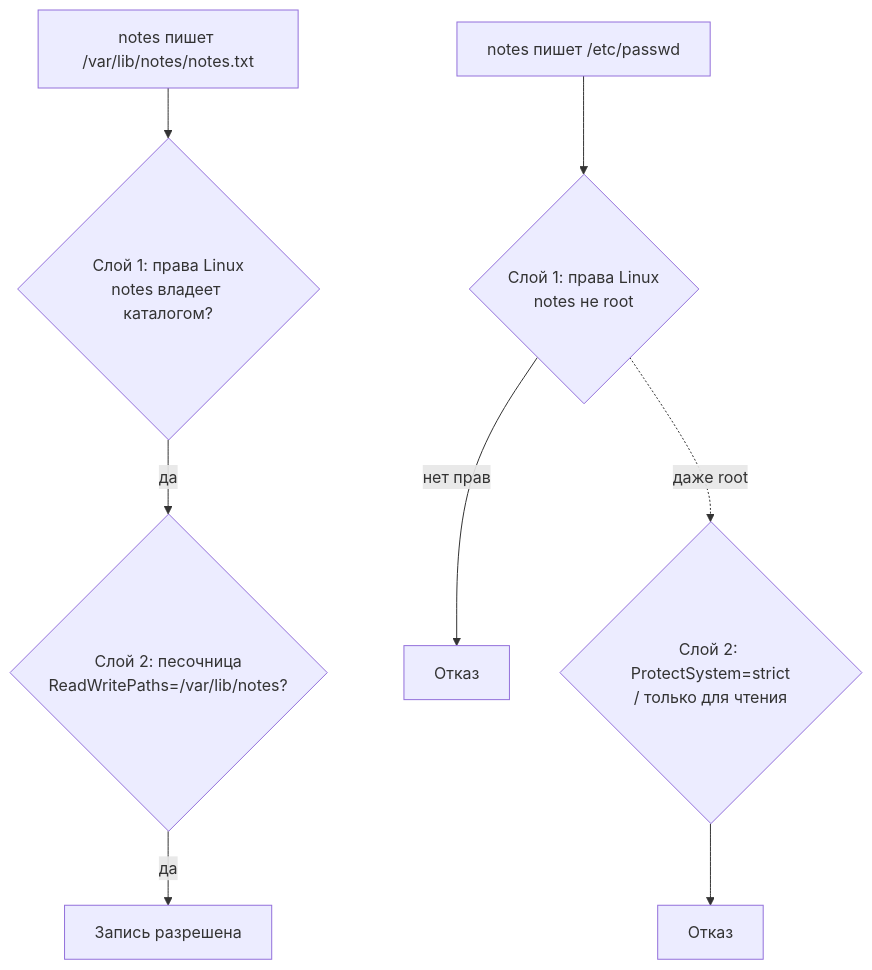
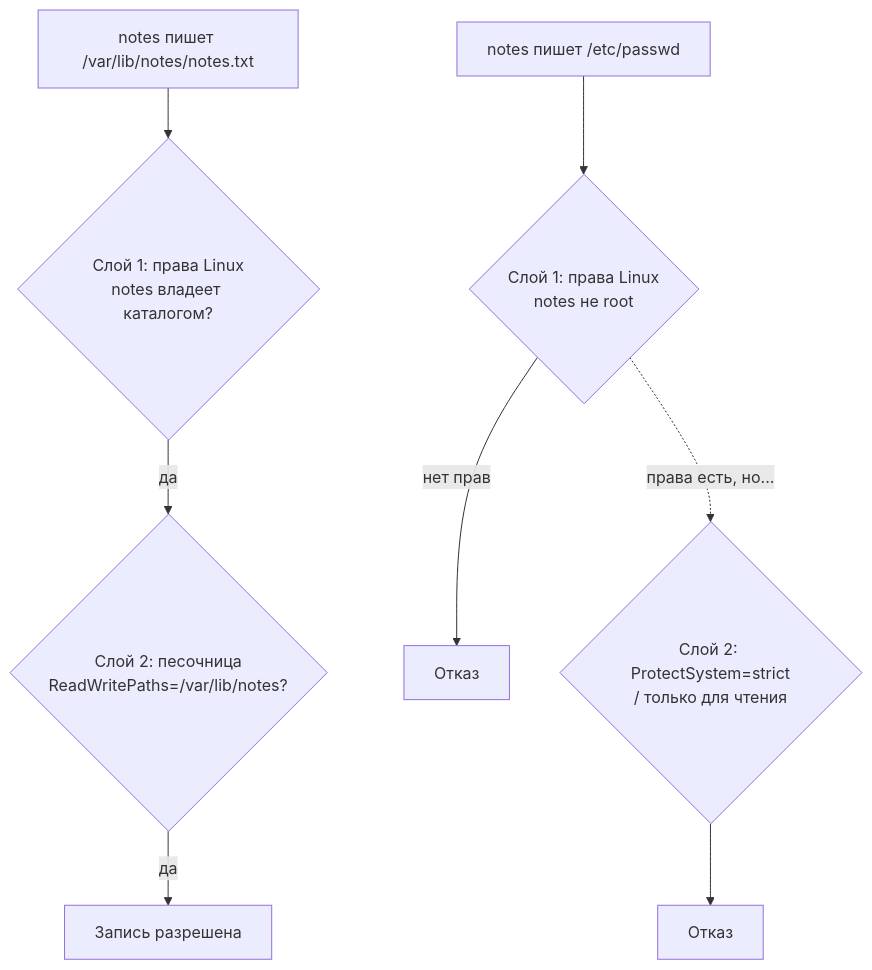
One commit to distinguished-sre/learning changed the fifth of 5 diagrams in devops/01-linux/08-systemd-editors.md. Above: the diagram before and after it, drawn with Mermaid. The commit also changed other lines of this file and 346 other files, not shown here.

````diff
--- a/devops/01-linux/08-systemd-editors.md
+++ b/devops/01-linux/08-systemd-editors.md
@@ -473,10 +485,10 @@
 ```mermaid
 flowchart TD
     W1["notes пишет /var/lib/notes/notes.txt"] --> L1{"Слой 1: права Linux<br>notes владеет каталогом?"}
     L1 -->|"да"| L2{"Слой 2: песочница<br>ReadWritePaths=/var/lib/notes?"}
     L2 -->|"да"| OK["Запись разрешена"]
     W2["notes пишет /etc/passwd"] --> M1{"Слой 1: права Linux<br>notes не root"}
     M1 -->|"нет прав"| NO1["Отказ"]
-    M1 -.->|"даже root"| M2{"Слой 2: ProtectSystem=strict<br>/ только для чтения"}
+    M1 -.->|"права есть, но..."| M2{"Слой 2: ProtectSystem=strict<br>/ только для чтения"}
     M2 --> NO2["Отказ"]
 ```
````
